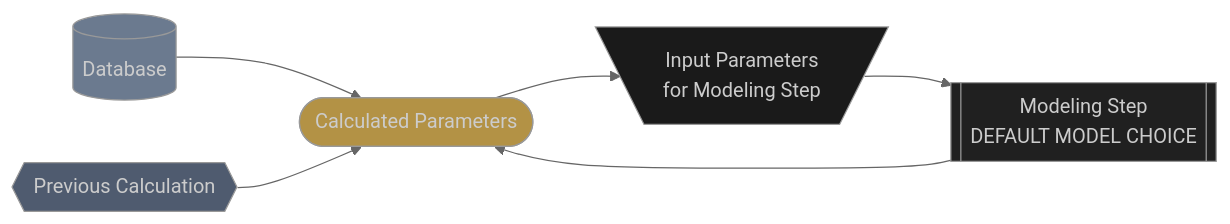
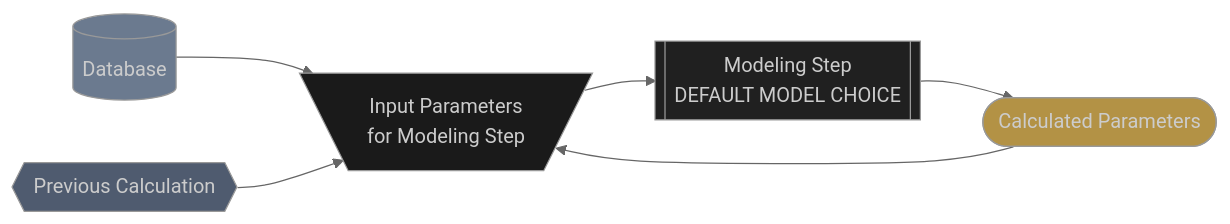
Before and after one commit to ProximalEnergy/docs-mdbook: the first of 2 diagrams in src/pv_performance/tracker_rotation_angles.md, drawn with Mermaid (neutral theme). The commit also changed 2 other files, not shown here.

Commit message:
finished front page subgraph met

````diff
--- a/src/pv_performance/tracker_rotation_angles.md
+++ b/src/pv_performance/tracker_rotation_angles.md
@@ -8,27 +8,27 @@
 ```mermaid
   flowchart LR
 
   %% --- CLASSES ---
   classDef source fill:#6B7A8F, color:#CCCCCC
   classDef previous fill:#4F5B6F,color:#CCCCCC
   classDef model fill:#202020, color:#CCCCCC
   classDef inputs fill:#1A1A1A, color:#CCCCCC
   classDef outputs fill:#B39245, color:#CCCCCC
 
   database[(Database)]:::source
   previous{{Previous Calculation}}:::previous
   model_step[[
     Modeling Step
     DEFAULT MODEL CHOICE
   ]]:::model
   model_inputs[\
     Input Parameters
     for Modeling Step
   /]:::inputs
   model_outputs([Calculated Parameters]):::outputs
 
-  database --> model_outputs
-  previous --> model_outputs
+  database --> model_inputs
+  previous --> model_inputs
   model_inputs --> model_step --> model_outputs --> model_inputs
 
 ```
````
